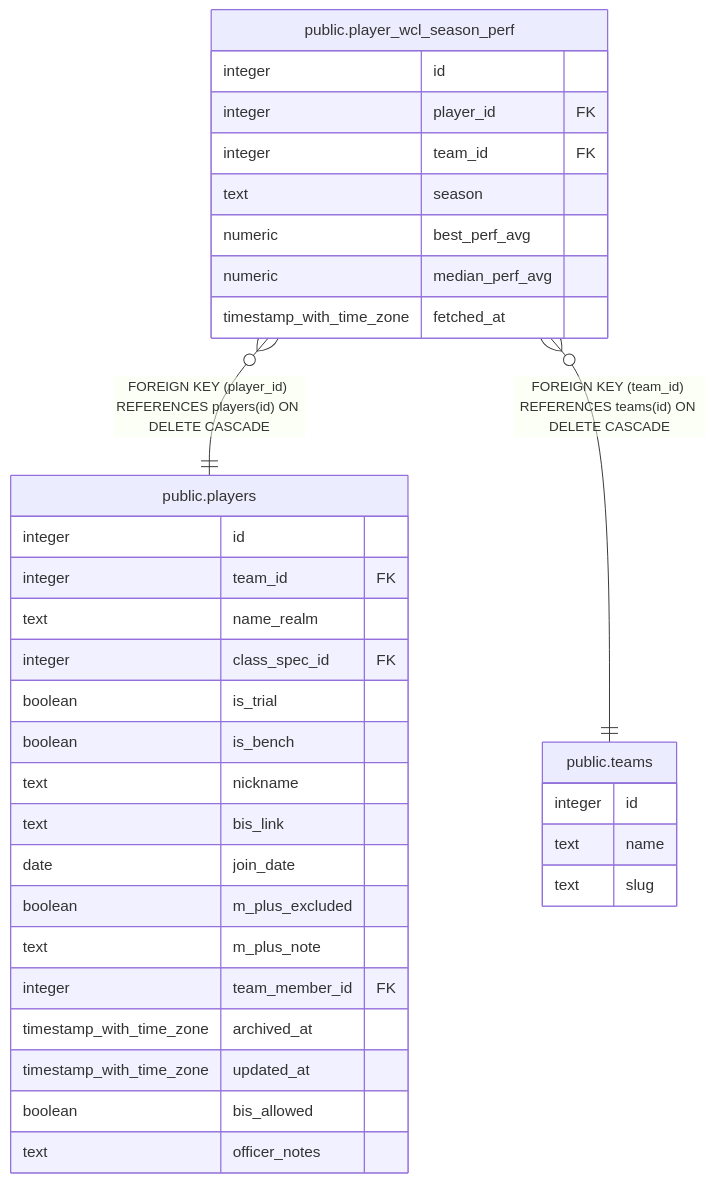
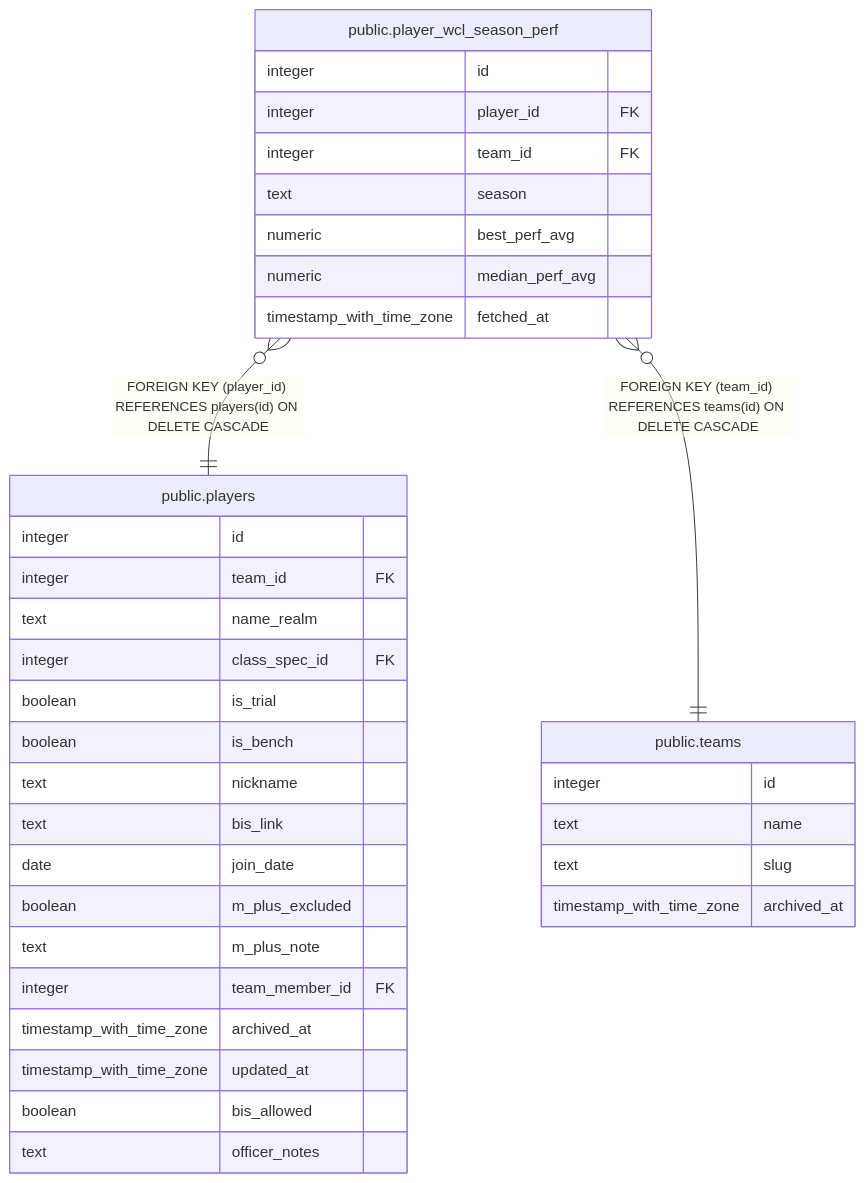
Before and after one commit to katogaming88/WGA-Raid-Hub: the diagram in dbdoc/public.player_wcl_season_perf.md, drawn with Mermaid. The commit also changed 25 other files, not shown here.

````diff
--- a/dbdoc/public.player_wcl_season_perf.md
+++ b/dbdoc/public.player_wcl_season_perf.md
@@ -33,39 +33,40 @@
 ```mermaid
 erDiagram
 
 "public.player_wcl_season_perf" }o--|| "public.players" : "FOREIGN KEY (player_id) REFERENCES players(id) ON DELETE CASCADE"
 "public.player_wcl_season_perf" }o--|| "public.teams" : "FOREIGN KEY (team_id) REFERENCES teams(id) ON DELETE CASCADE"
 
 "public.player_wcl_season_perf" {
   integer id
   integer player_id FK
   integer team_id FK
   text season
   numeric best_perf_avg
   numeric median_perf_avg
   timestamp_with_time_zone fetched_at
 }
 "public.players" {
   integer id
   integer team_id FK
   text name_realm
   integer class_spec_id FK
   boolean is_trial
   boolean is_bench
   text nickname
   text bis_link
   date join_date
   boolean m_plus_excluded
   text m_plus_note
   integer team_member_id FK
   timestamp_with_time_zone archived_at
   timestamp_with_time_zone updated_at
   boolean bis_allowed
   text officer_notes
 }
 "public.teams" {
   integer id
   text name
   text slug
+  timestamp_with_time_zone archived_at
 }
 ```
````
